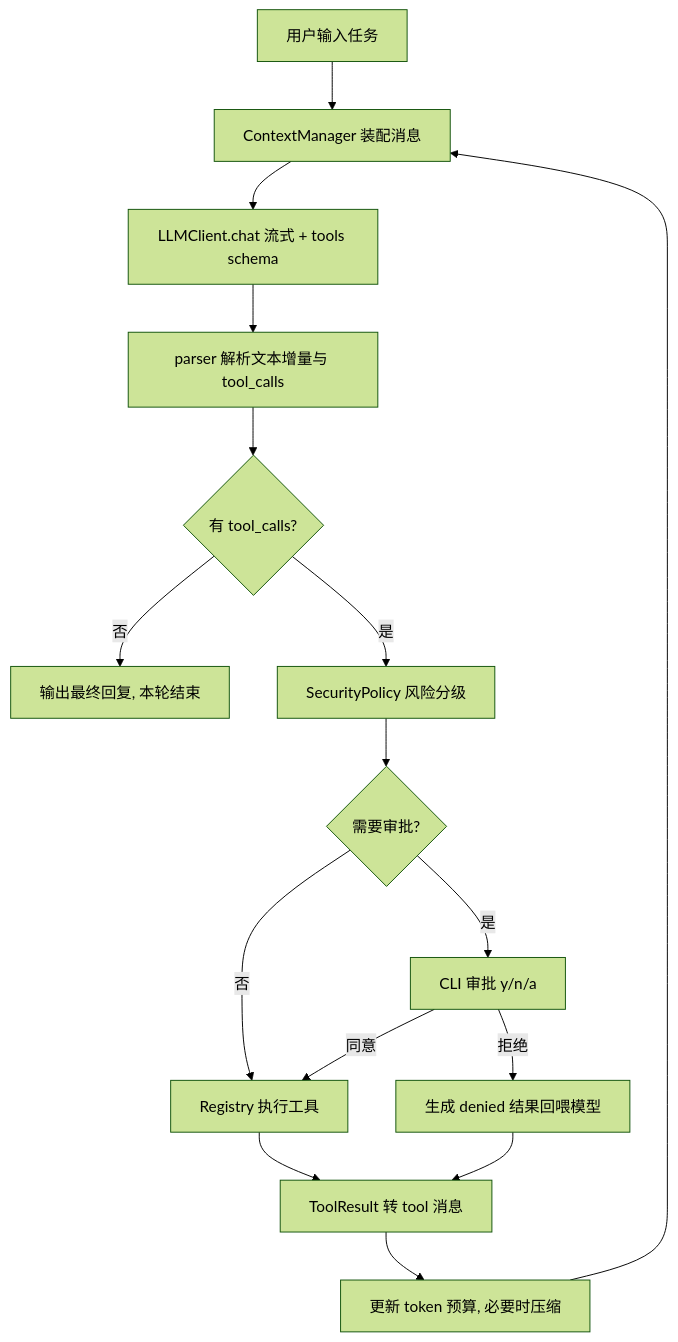
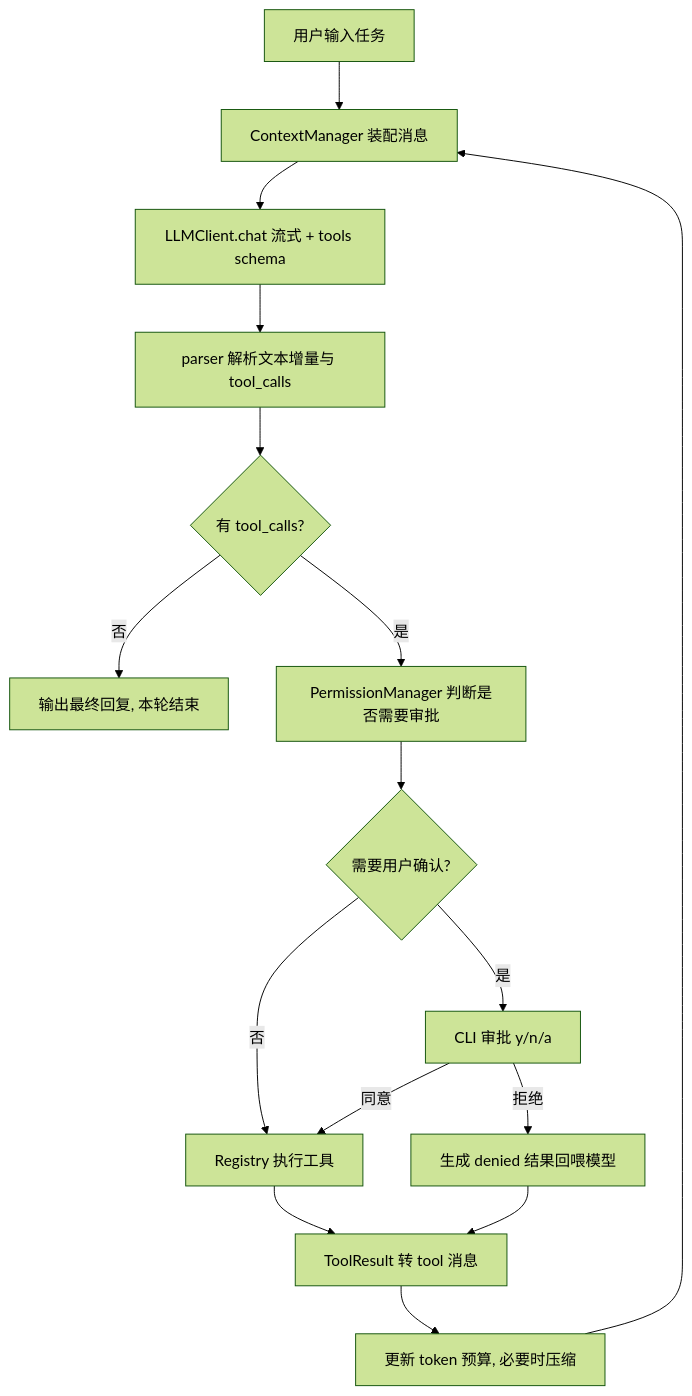
The diagram in docs/architecture.md (cty8888/Cyan), drawn with Mermaid (forest theme) before and after one commit. The commit also changed other lines of this file and 24 other files, not shown here.

````diff
--- a/docs/architecture.md
+++ b/docs/architecture.md
@@ -48,18 +56,18 @@
 ```mermaid
 flowchart TD
     UserInput[用户输入任务] --> Ctx[ContextManager 装配消息]
     Ctx --> LLM[LLMClient.chat 流式 + tools schema]
     LLM --> Parse[parser 解析文本增量与 tool_calls]
     Parse --> HasTool{有 tool_calls?}
     HasTool -->|否| Done[输出最终回复, 本轮结束]
-    HasTool -->|是| Policy[SecurityPolicy 风险分级]
-    Policy --> Risk{需要审批?}
-    Risk -->|是| Approve[CLI 审批 y/n/a]
-    Risk -->|否| Exec[Registry 执行工具]
+    HasTool -->|是| Perm[PermissionManager 判断是否需要审批]
+    Perm --> NeedAsk{需要用户确认?}
+    NeedAsk -->|否| Exec[Registry 执行工具]
+    NeedAsk -->|是| Approve[CLI 审批 y/n/a]
     Approve -->|拒绝| Denied[生成 denied 结果回喂模型]
     Approve -->|同意| Exec
     Exec --> Result[ToolResult 转 tool 消息]
     Denied --> Result
     Result --> Budget[更新 token 预算, 必要时压缩]
     Budget --> Ctx
 ```
````
